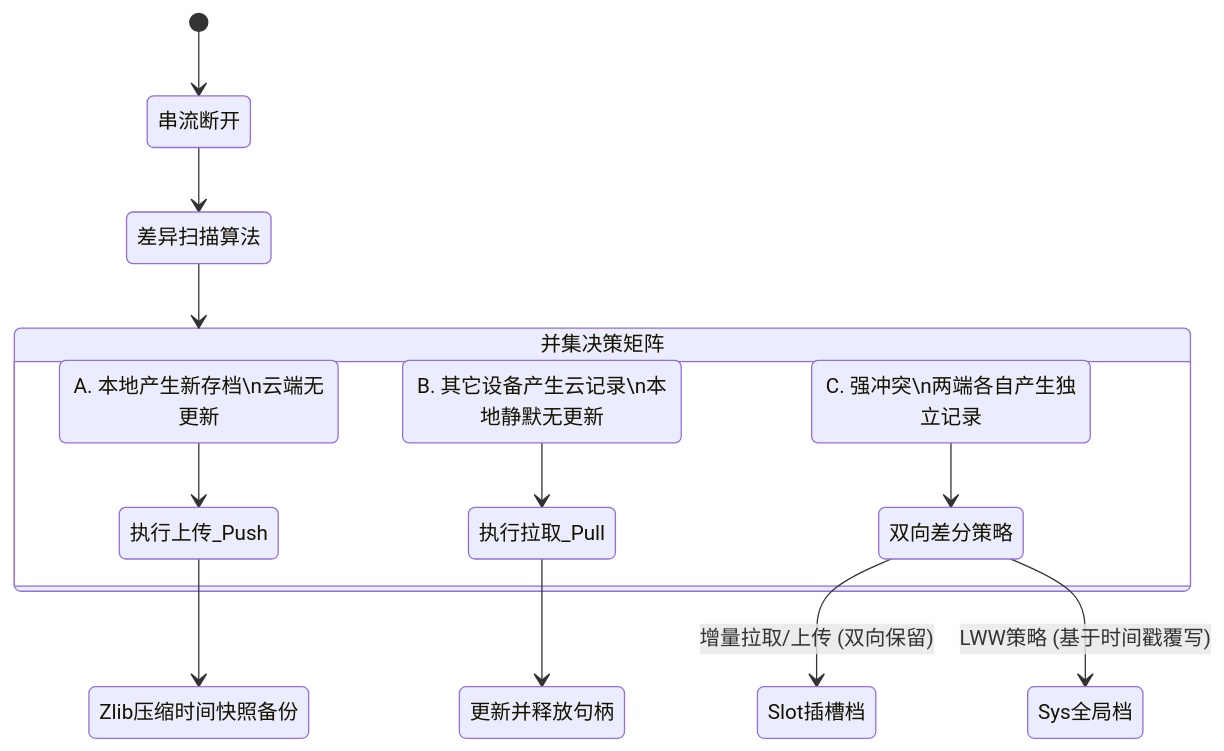
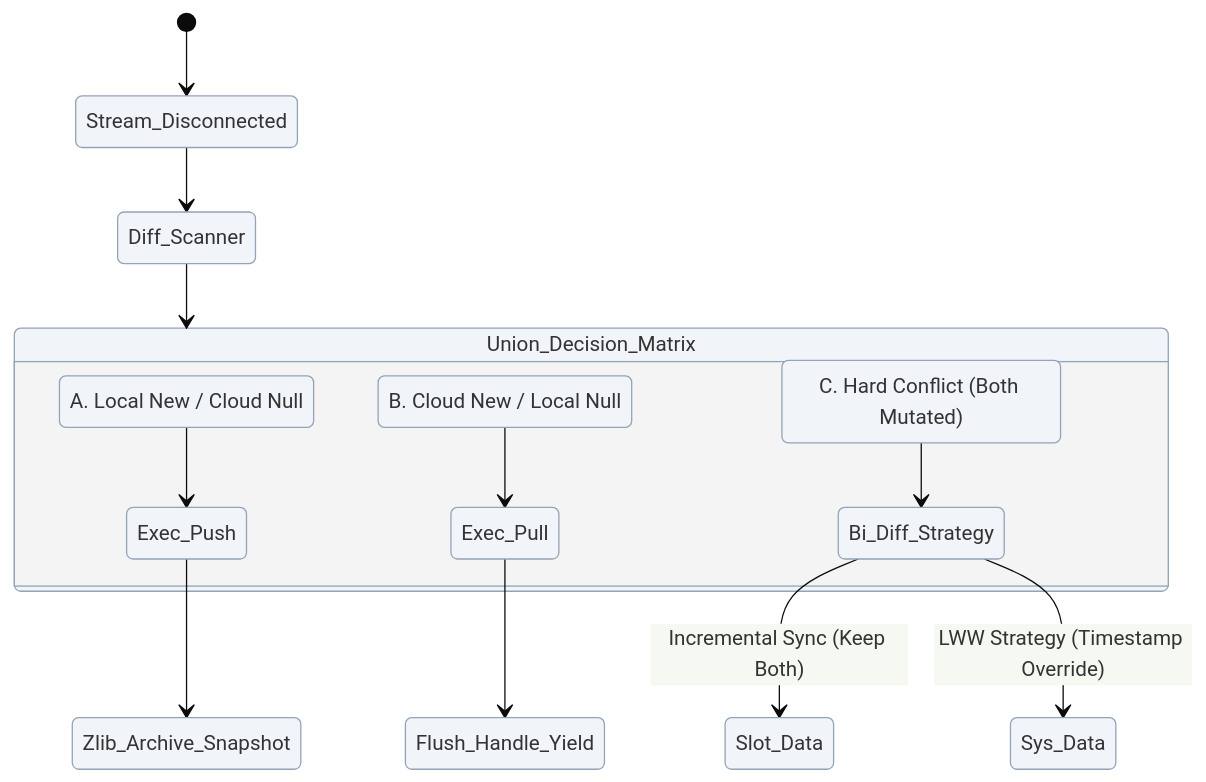
One commit to Roxy-DD/galremote changed the fourth of 5 diagrams in thesis/chapter4/system_design.md. Above: the diagram before and after it, drawn with Mermaid. The commit also changed other lines of this file and 1 other file, not shown here.

Commit message:
style(thesis): refactor all diagrams to top-tier academic English flat style

````diff
--- a/thesis/chapter4/system_design.md
+++ b/thesis/chapter4/system_design.md
@@ -121,22 +131,23 @@
 ```mermaid
+%%{init: {'theme': 'base', 'themeVariables': { 'fontFamily': 'arial', 'primaryColor': '#F1F5F9', 'primaryBorderColor': '#94A3B8', 'labelBoxBkgColor': '#E2E8F0'}}}%%
 stateDiagram-v2
-    [*] --> 串流断开
-    串流断开 --> 差异扫描算法
-    差异扫描算法 --> 并集决策矩阵
+    [*] --> Stream_Disconnected
+    Stream_Disconnected --> Diff_Scanner
+    Diff_Scanner --> Union_Decision_Matrix
     
-    state 并集决策矩阵 {
-        state "A. 本地产生新存档\n云端无更新" as SceneA
-        state "B. 其它设备产生云记录\n本地静默无更新" as SceneB
-        state "C. 强冲突\n两端各自产生独立记录" as SceneC
+    state Union_Decision_Matrix {
+        state "A. Local New / Cloud Null" as SceneA
+        state "B. Cloud New / Local Null" as SceneB
+        state "C. Hard Conflict (Both Mutated)" as SceneC
         
-        SceneA --> 执行上传_Push
-        SceneB --> 执行拉取_Pull
-        SceneC --> 双向差分策略
+        SceneA --> Exec_Push
+        SceneB --> Exec_Pull
+        SceneC --> Bi_Diff_Strategy
     }
     
-    双向差分策略 --> Slot插槽档: 增量拉取/上传 (双向保留)
-    双向差分策略 --> Sys全局档: LWW策略 (基于时间戳覆写)
+    Bi_Diff_Strategy --> Slot_Data: Incremental Sync (Keep Both)
+    Bi_Diff_Strategy --> Sys_Data: LWW Strategy (Timestamp Override)
     
-    执行上传_Push --> Zlib压缩时间快照备份
-    执行拉取_Pull --> 更新并释放句柄
+    Exec_Push --> Zlib_Archive_Snapshot
+    Exec_Pull --> Flush_Handle_Yield
 ```
````
